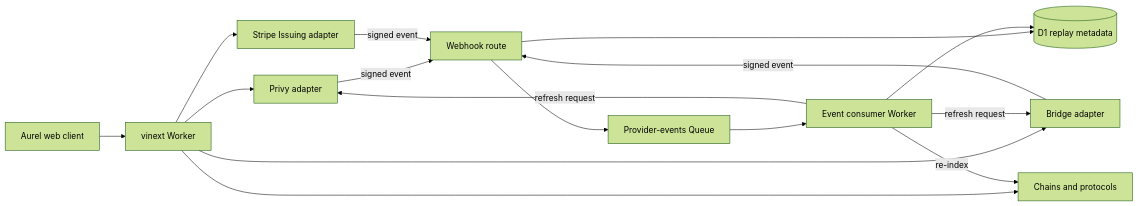
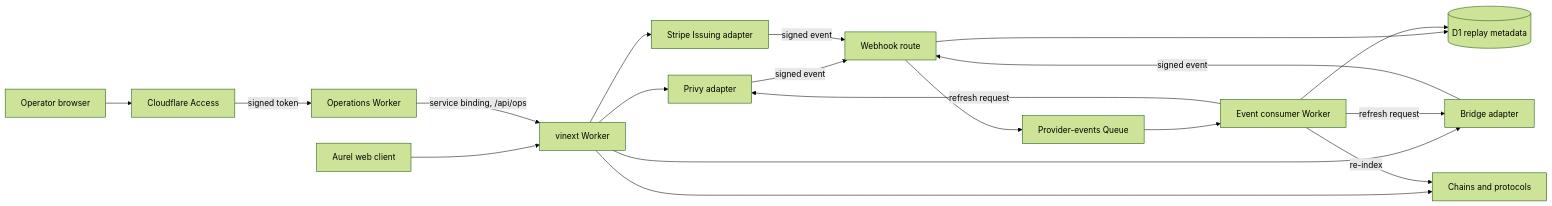
Before and after one commit to arthurtouble/crypto-neo-bank: the diagram in docs/architecture/architecture.md, drawn with Mermaid (forest theme). The commit also changed other lines of this file and 17 other files, not shown here.

First line of the commit message:
Docs for the operations app and Cloudflare Access operator sign-in

````diff
--- a/docs/architecture/architecture.md
+++ b/docs/architecture/architecture.md
@@ -35,18 +37,21 @@
 ```mermaid
 flowchart LR
     UI[Aurel web client] --> WEB[vinext Worker]
     WEB --> PRIVY[Privy adapter]
     WEB --> BRIDGE[Bridge adapter]
     WEB --> STRIPE[Stripe Issuing adapter]
     WEB --> CHAIN[Chains and protocols]
     PRIVY -->|signed event| HOOK[Webhook route]
     BRIDGE -->|signed event| HOOK
     STRIPE -->|signed event| HOOK
     HOOK --> D1[(D1 replay metadata)]
     HOOK --> QUEUE[Provider-events Queue]
     QUEUE --> CONSUMER[Event consumer Worker]
     CONSUMER --> D1
     CONSUMER -->|refresh request| PRIVY
     CONSUMER -->|refresh request| BRIDGE
     CONSUMER -->|re-index| CHAIN
+    OPUI[Operator browser] --> ACCESS[Cloudflare Access]
+    ACCESS -->|signed token| OPS[Operations Worker]
+    OPS -->|service binding, /api/ops| WEB
 ```
````
